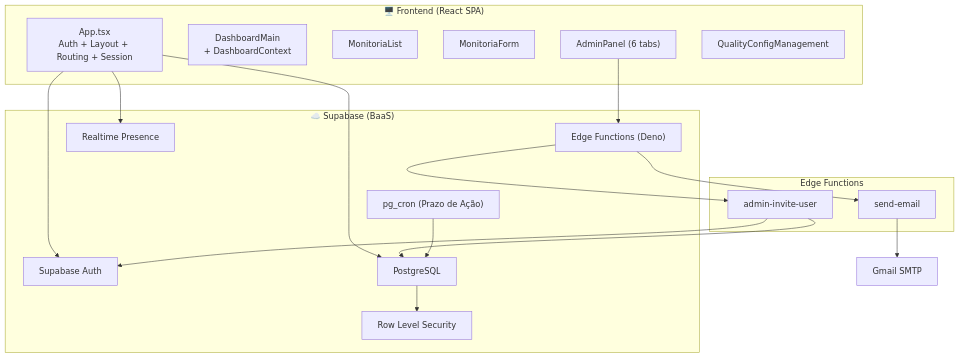
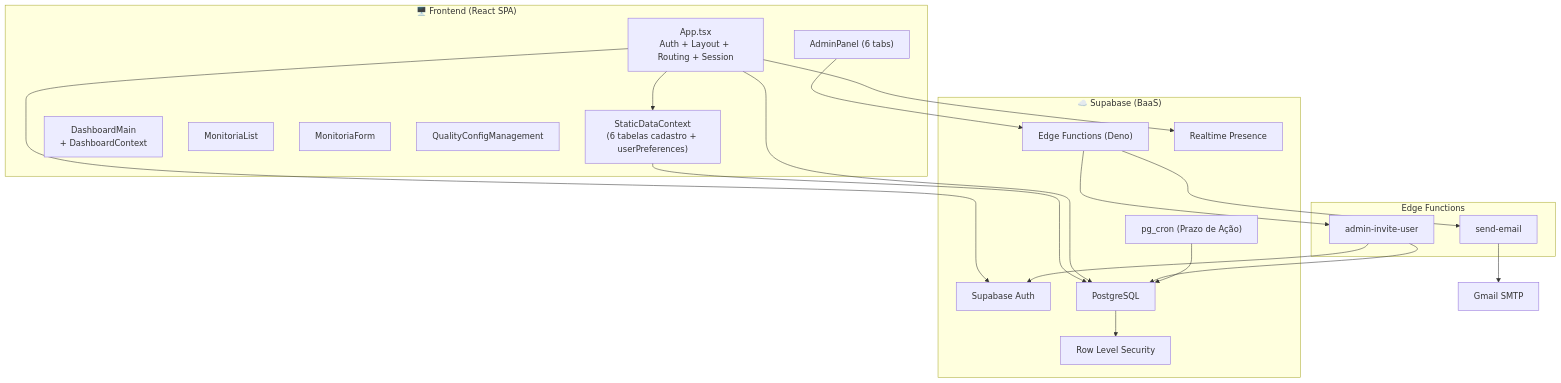
The first of 3 diagrams in docs/architecture/system-overview.md (allanscode/QualiTrack), drawn with Mermaid before and after one commit. The commit also changed other lines of this file and 4 other files, not shown here.

First line of the commit message:
docs: update AGENTS.md, frontend.md, system-overview.md, schema.md for StaticDataContext + user_preferences

````diff
--- a/docs/architecture/system-overview.md
+++ b/docs/architecture/system-overview.md
@@ -9,37 +9,40 @@
 ```mermaid
 graph TB
-    subgraph Cliente ["🖥️ Frontend (React SPA)"]
-        App["App.tsx<br/>Auth + Layout + Routing + Session"]
-        Dashboard["DashboardMain<br/>+ DashboardContext"]
-        MonList["MonitoriaList"]
-        MonForm["MonitoriaForm"]
-        Admin["AdminPanel (6 tabs)"]
-        QConfig["QualityConfigManagement"]
-    end
+subgraph Cliente ["🖥️ Frontend (React SPA)"]
+App["App.tsx<br/>Auth + Layout + Routing + Session"]
+StaticCtx["StaticDataContext<br/>(6 tabelas cadastro + userPreferences)"]
+Dashboard["DashboardMain<br/>+ DashboardContext"]
+MonList["MonitoriaList"]
+MonForm["MonitoriaForm"]
+Admin["AdminPanel (6 tabs)"]
+QConfig["QualityConfigManagement"]
+end
 
     subgraph Supabase ["☁️ Supabase (BaaS)"]
         Auth["Supabase Auth"]
         DB["PostgreSQL"]
         Edge["Edge Functions (Deno)"]
         RLS["Row Level Security"]
         Cron["pg_cron (Prazo de Ação)"]
         Presence["Realtime Presence"]
     end
 
     subgraph EdgeFuncs ["Edge Functions"]
         InviteUser["admin-invite-user"]
         SendEmail["send-email"]
     end
 
-    App --> Auth
-    App --> DB
-    Admin --> Edge
+App --> Auth
+App --> StaticCtx
+StaticCtx --> DB
+App --> DB
+Admin --> Edge
     Edge --> InviteUser
     Edge --> SendEmail
     InviteUser --> Auth
     InviteUser --> DB
     SendEmail --> SMTP["Gmail SMTP"]
     Cron --> DB
     DB --> RLS
     App --> Presence
 ```
````
